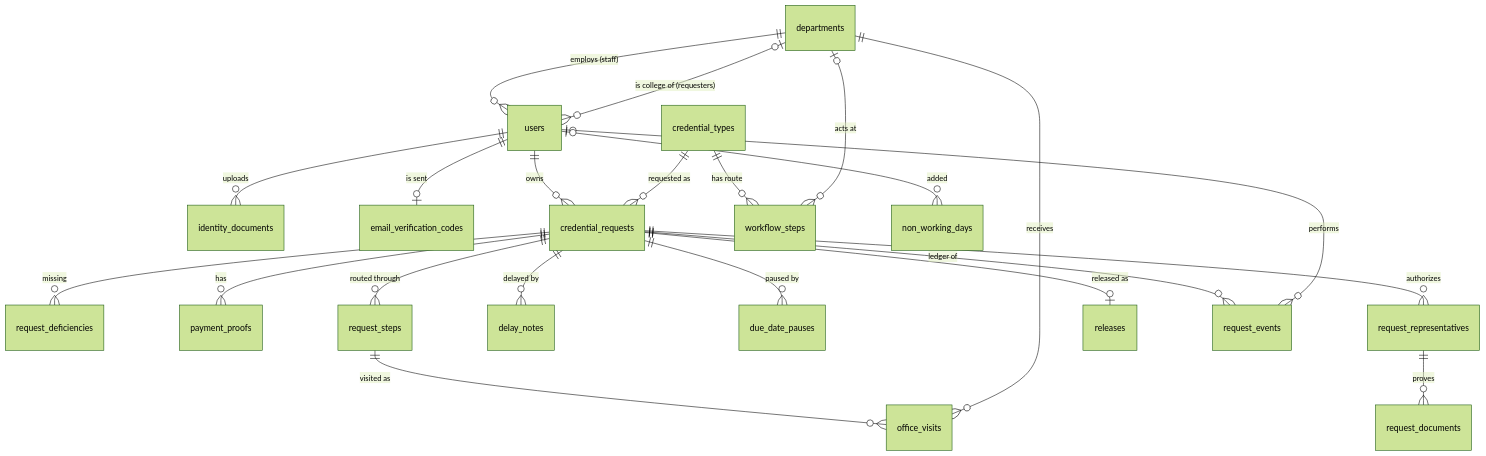
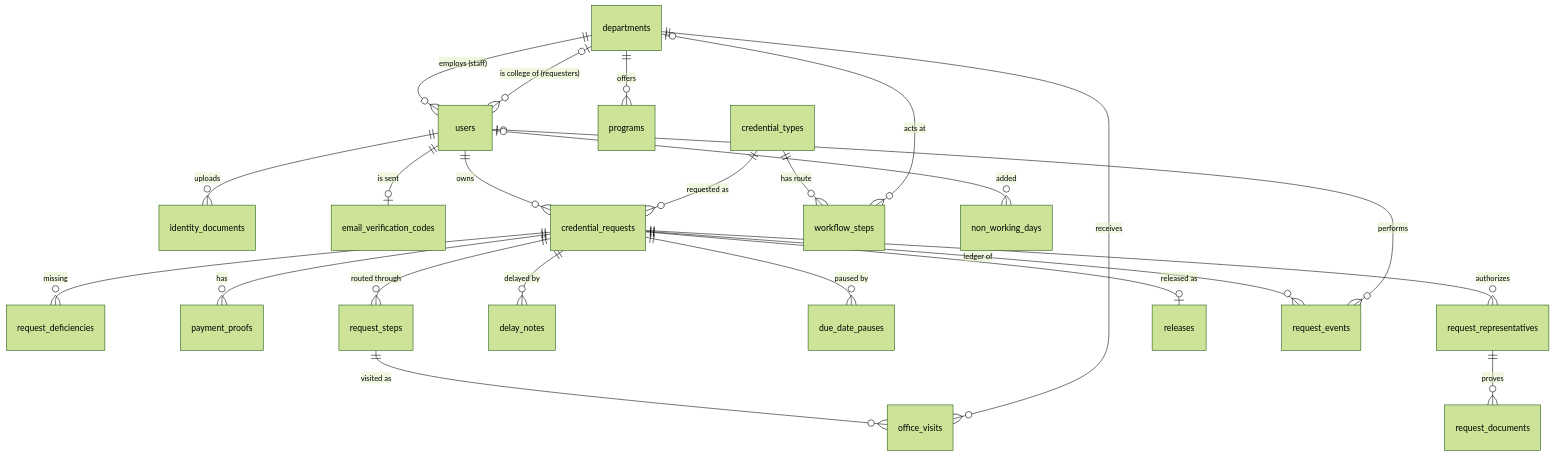
Before and after one commit to ZyrusAlvez/Online-Academic-Credential-Request: the diagram in docs/data-dictionary.md, drawn with Mermaid (forest theme). The commit also changed other lines of this file and 19 other files, not shown here.

````diff
--- a/docs/data-dictionary.md
+++ b/docs/data-dictionary.md
@@ -13,24 +13,25 @@
 ```mermaid
 erDiagram
     departments ||--o{ users : "employs (staff)"
     departments |o--o{ users : "is college of (requesters)"
+    departments ||--o{ programs : offers
     users ||--o{ identity_documents : uploads
     users ||--o| email_verification_codes : "is sent"
     users ||--o{ credential_requests : "owns"
     credential_types ||--o{ workflow_steps : "has route"
     departments |o--o{ workflow_steps : "acts at"
     credential_types ||--o{ credential_requests : "requested as"
     credential_requests ||--o{ request_deficiencies : "missing"
     credential_requests ||--o{ payment_proofs : has
     credential_requests ||--o{ request_steps : "routed through"
     request_steps ||--o{ office_visits : "visited as"
     departments ||--o{ office_visits : receives
     credential_requests ||--o{ delay_notes : "delayed by"
     credential_requests ||--o{ due_date_pauses : "paused by"
     credential_requests ||--o{ request_representatives : "authorizes"
     request_representatives ||--o{ request_documents : "proves"
     credential_requests ||--o| releases : "released as"
     credential_requests ||--o{ request_events : "ledger of"
     users |o--o{ request_events : performs
     users |o--o{ non_working_days : "added"
 ```
````
